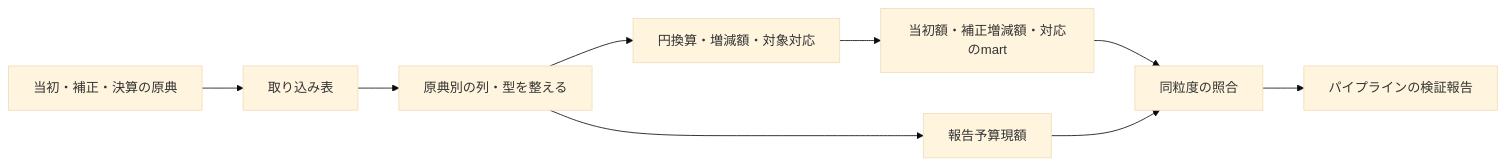
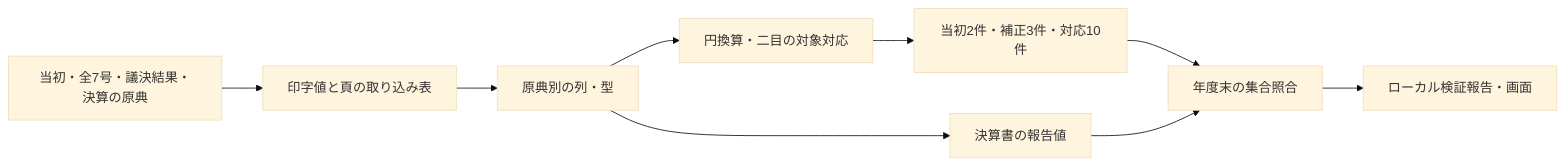
Before and after one commit to wwwyo/fudoki: the diagram in docs/prd/fiscal-budget-history/design-doc.md, drawn with Mermaid (base theme). The commit also changed other lines of this file and 69 other files, not shown here.

````diff
--- a/docs/prd/fiscal-budget-history/design-doc.md
+++ b/docs/prd/fiscal-budget-history/design-doc.md
@@ -18,11 +16,11 @@
 ```mermaid
 flowchart LR
-    origin[当初・補正・決算の原典] --> raw[取り込み表]
-    raw --> staging[原典別の列・型を整える]
-    staging --> middle[円換算・増減額・対象対応]
-    middle --> marts[当初額・補正増減額・対応のmart]
-    staging --> reported[報告予算現額]
-    marts --> check[同粒度の照合]
+    origin[当初・全7号・議決結果・決算の原典] --> raw[印字値と頁の取り込み表]
+    raw --> staging[原典別の列・型]
+    staging --> middle[円換算・二目の対象対応]
+    middle --> marts[当初2件・補正3件・対応10件]
+    staging --> reported[決算書の報告値]
+    marts --> check[年度末の集合照合]
     reported --> check
-    check --> result[パイプラインの検証報告]
+    check --> result[ローカル検証報告・画面]
 ```
````
